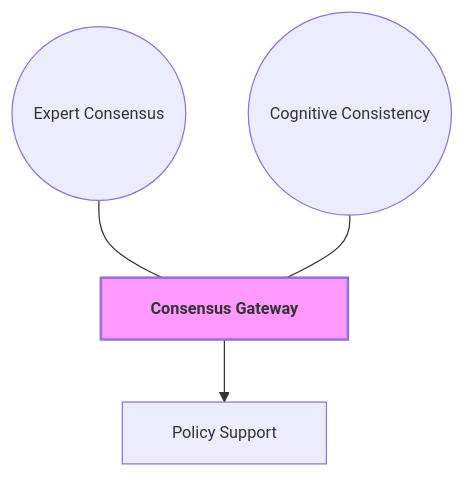
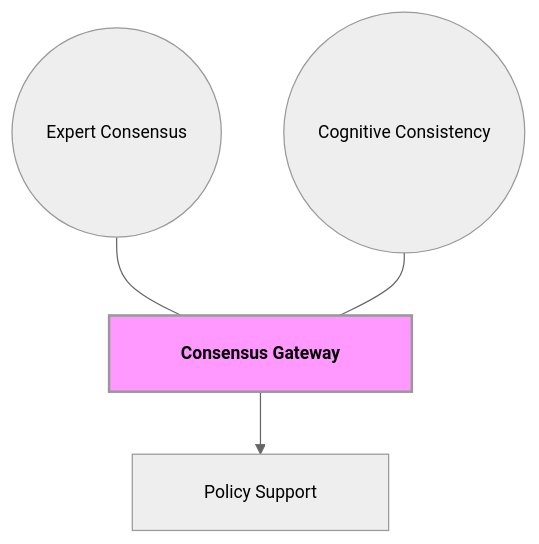
One commit to GM024/CourseSummaries changed the sixth of 7 diagrams in Communication_Influence/Mastery_Guide_SOW_BS033.md. Above: the diagram before and after it, drawn with Mermaid. The commit also changed other lines of this file, not shown here.

Commit message:
Final GitHub-Bulletproof Encyclopedia: Fixed alignment, 14px native font, and 150w+ APA Figure descriptions

````diff
--- a/Communication_Influence/Mastery_Guide_SOW_BS033.md
+++ b/Communication_Influence/Mastery_Guide_SOW_BS033.md
@@ -290,12 +234,12 @@
 ```mermaid
-%%{init: { 'flowchart': { 'padding': 15, 'nodeSpacing': 50, 'rankSpacing': 50, 'curve': 'basis' }, 'themeVariables': { 'fontSize': '13px' }}}%%
+%%{init: { 'flowchart': { 'padding': 20, 'nodeSpacing': 50, 'rankSpacing': 50, 'useMaxWidth': false }, 'theme': 'neutral', 'themeVariables': { 'fontSize': '14px' }}}%%
 graph TD
-    Hub["&nbsp;&nbsp; Consensus Gateway &nbsp;&nbsp;"]:::hubNode
+    Hub["&nbsp;&nbsp;&nbsp;&nbsp; Consensus Gateway &nbsp;&nbsp;&nbsp;&nbsp;"]:::hubNode
     
-    S1(("&nbsp;&nbsp; Expert Consensus &nbsp;&nbsp;")) --- Hub
-    S2(("&nbsp;&nbsp; Cognitive Consistency &nbsp;&nbsp;")) --- Hub
+    S1(("&nbsp;&nbsp;&nbsp;&nbsp; Expert Consensus &nbsp;&nbsp;&nbsp;&nbsp;")) --- Hub
+    S2(("&nbsp;&nbsp;&nbsp;&nbsp; Cognitive Consistency &nbsp;&nbsp;&nbsp;&nbsp;")) --- Hub
     
-    Hub --> B1["&nbsp;&nbsp; Policy Support &nbsp;&nbsp;"]
+    Hub --> B1["&nbsp;&nbsp;&nbsp;&nbsp; Policy Support &nbsp;&nbsp;&nbsp;&nbsp;"]
     
     classDef hubNode font-weight:bold,stroke-width:2px,fill:#f9f;
 ```
````
